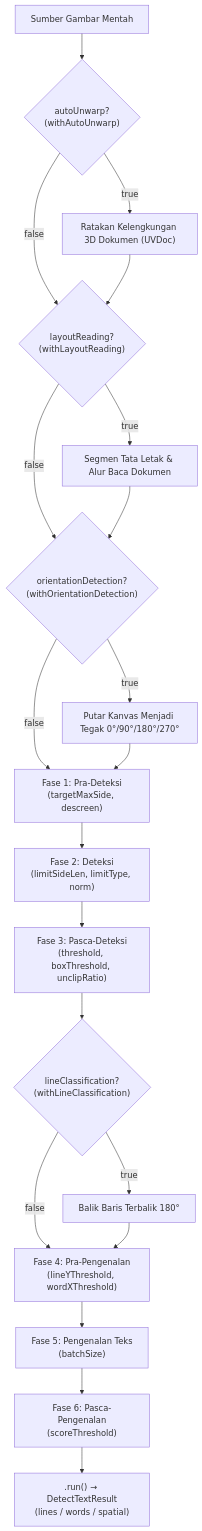
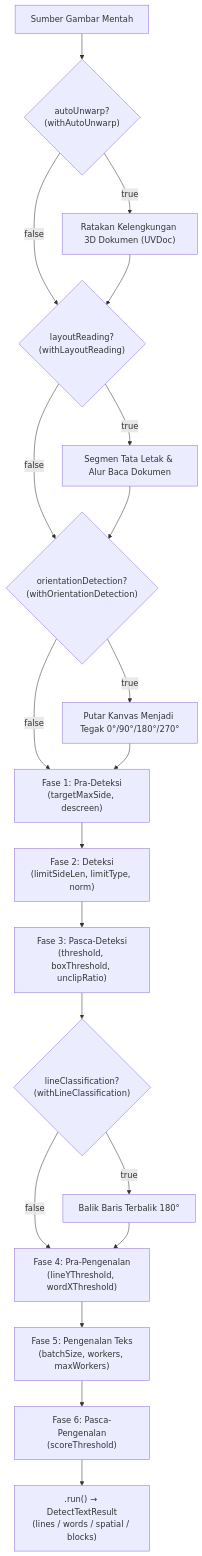
The diagram in docs/content/id/04.api-reference/02.ocr-run-options.md (byrizki/rusto-rs), drawn with Mermaid before and after one commit. The commit also changed other lines of this file and 35 other files, not shown here.

````diff
--- a/docs/content/id/04.api-reference/02.ocr-run-options.md
+++ b/docs/content/id/04.api-reference/02.ocr-run-options.md
@@ -15,22 +15,22 @@
 ```mermaid
 flowchart TD
     A["Sumber Gambar Mentah"] --> U{"autoUnwarp?<br/>(withAutoUnwarp)"}
     U -->|true| U1["Ratakan Kelengkungan 3D Dokumen (UVDoc)"]
     U -->|false| L{"layoutReading?<br/>(withLayoutReading)"}
     U1 --> L
     L -->|true| L1["Segmen Tata Letak &amp; Alur Baca Dokumen"]
     L -->|false| O{"orientationDetection?<br/>(withOrientationDetection)"}
     L1 --> O
     O -->|true| O1["Putar Kanvas Menjadi Tegak 0&deg;/90&deg;/180&deg;/270&deg;"]
     O -->|false| P1["Fase 1: Pra-Deteksi<br/>(targetMaxSide, descreen)"]
     O1 --> P1
     P1 --> P2["Fase 2: Deteksi<br/>(limitSideLen, limitType, norm)"]
     P2 --> P3["Fase 3: Pasca-Deteksi<br/>(threshold, boxThreshold, unclipRatio)"]
     P3 --> C{"lineClassification?<br/>(withLineClassification)"}
     C -->|true| C1["Balik Baris Terbalik 180&deg;"]
     C -->|false| P4["Fase 4: Pra-Pengenalan<br/>(lineYThreshold, wordXThreshold)"]
     C1 --> P4
-    P4 --> P5["Fase 5: Pengenalan Teks<br/>(batchSize)"]
+    P4 --> P5["Fase 5: Pengenalan Teks<br/>(batchSize, workers, maxWorkers)"]
     P5 --> P6["Fase 6: Pasca-Pengenalan<br/>(scoreThreshold)"]
-    P6 --> OUT[".run() &rarr; DetectTextResult<br/>(lines / words / spatial)"]
+    P6 --> OUT[".run() &rarr; DetectTextResult<br/>(lines / words / spatial / blocks)"]
 ```
````
